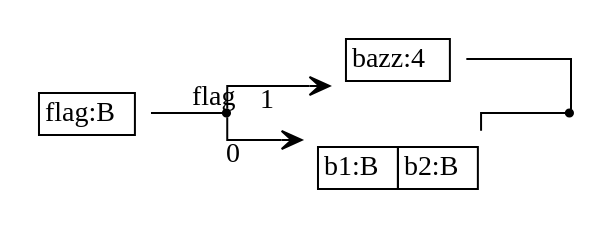
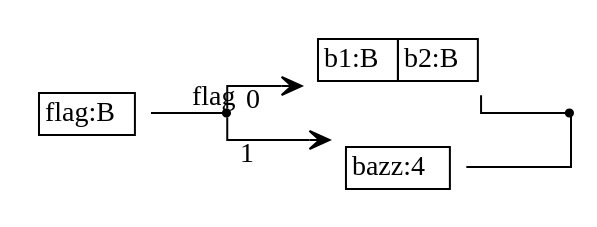
The diagram in src/union/union-spec.dot (sireum/bitcodec-examples), drawn with Graphviz before and after one commit. The commit also changed 11 other files, not shown here.

```diff
--- a/src/union/union-spec.dot
+++ b/src/union/union-spec.dot
@@ -1,30 +1,30 @@
 digraph G {
   rankdir = LR;
   graph [splines=ortho];
   node [shape=plaintext];
   edge [arrowhead=vee];
 
   n0 [label=<
     <TABLE BORDER="0" CELLBORDER="1" CELLSPACING="0" TOOLTIP="Foo" HREF="#">
       <TR><TD>flag:B</TD></TR>
     </TABLE>
   >];
   n1 [shape=point];
   n2 [label=<
-    <TABLE BORDER="0" CELLBORDER="1" CELLSPACING="0" TOOLTIP="Foo.bazz" HREF="#">
-      <TR><TD>bazz:4</TD></TR>
+    <TABLE BORDER="0" CELLBORDER="1" CELLSPACING="0" TOOLTIP="Foo.baz" HREF="#">
+      <TR><TD>b1:B</TD><TD>b2:B</TD></TR>
     </TABLE>
   >];
   n3 [label=<
-    <TABLE BORDER="0" CELLBORDER="1" CELLSPACING="0" TOOLTIP="Foo.baz" HREF="#">
-      <TR><TD>b1:B</TD><TD>b2:B</TD></TR>
+    <TABLE BORDER="0" CELLBORDER="1" CELLSPACING="0" TOOLTIP="Foo.bazz" HREF="#">
+      <TR><TD>bazz:4</TD></TR>
     </TABLE>
   >];
   n4 [shape=point];
 
   n0 -> n1 [arrowhead=none, xlabel="flag", tooltip="p => if (p) 1 else 0", href="#"];
-  n1 -> n2 [xlabel="1"];
-  n1 -> n3 [xlabel="0"];
+  n1 -> n2 [xlabel="0"];
+  n1 -> n3 [xlabel="1"];
   n3 -> n4 [arrowhead=none];
   n2 -> n4 [arrowhead=none];
 }
```
